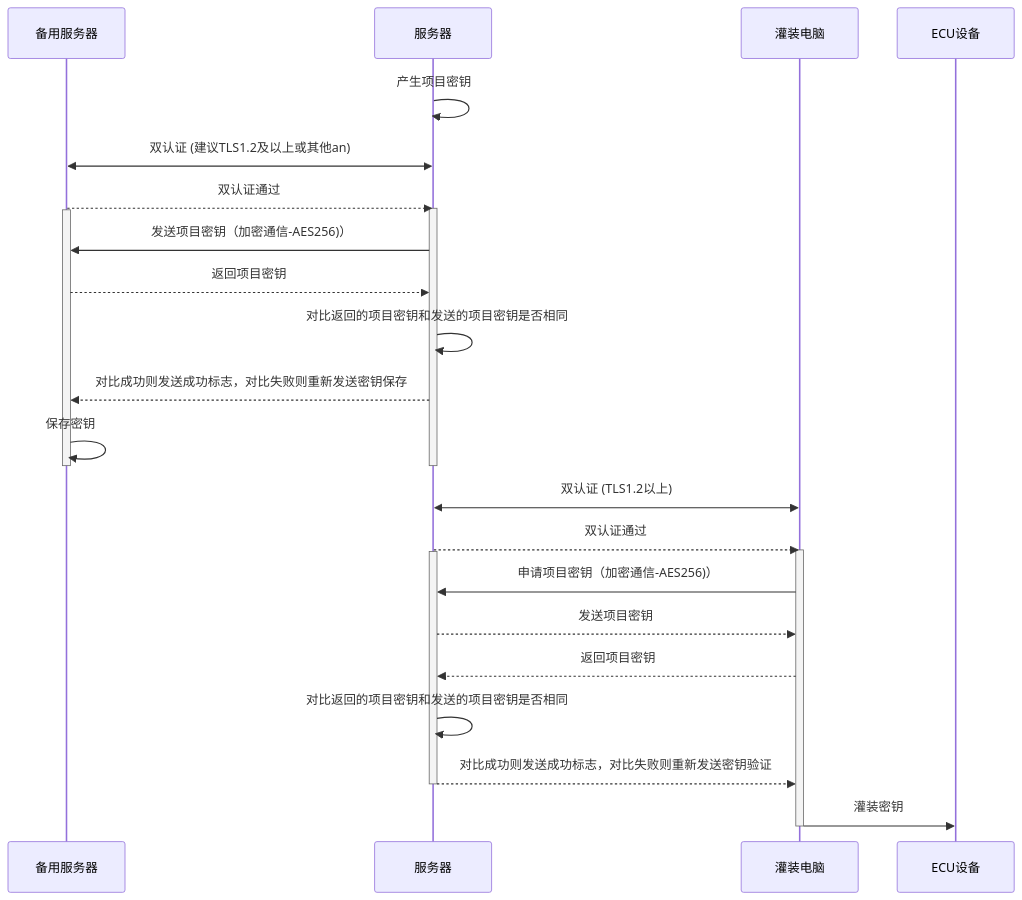
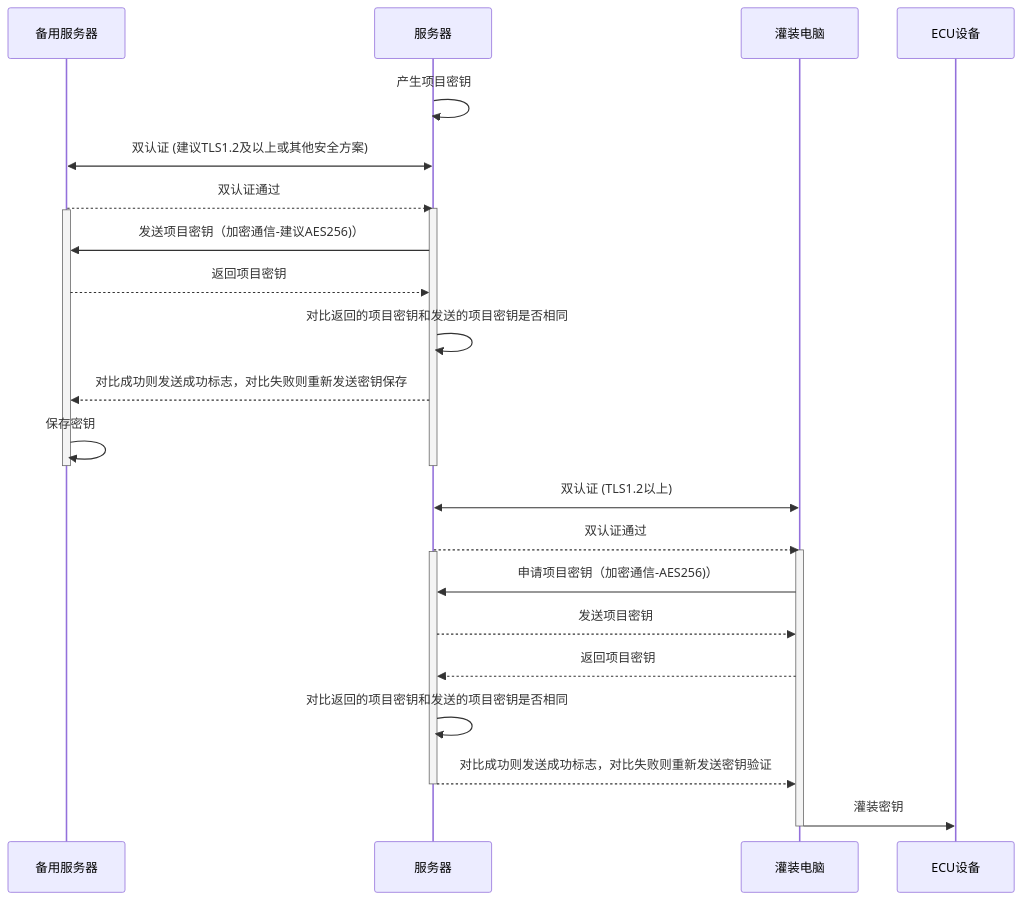
Before and after one commit to facebook-cloud/iodraw-files: the diagram in all/未命名-10.md, drawn with Mermaid.

Commit message:
2026-01-23 13:32:22 update

````diff
--- a/all/未命名-10.md
+++ b/all/未命名-10.md
@@ -1,35 +1,35 @@
 ```mermaid
 sequenceDiagram
     participant B as 备用服务器
     participant A as 服务器
     participant C as 灌装电脑
     participant D as ECU设备
 
     A->>A: 产生项目密钥
-    A<<->>B: 双认证 (建议TLS1.2及以上或其他an)
+    A<<->>B: 双认证 (建议TLS1.2及以上或其他安全方案)
     B-->>A: 双认证通过
     activate A
     activate B
-    A->>B: 发送项目密钥（加密通信-AES256)）
+    A->>B: 发送项目密钥（加密通信-建议AES256)）
     B-->>A: 返回项目密钥
 
     A->>A: 对比返回的项目密钥和发送的项目密钥是否相同
     A-->>B: 对比成功则发送成功标志，对比失败则重新发送密钥保存
     B->>B: 保存密钥
     deactivate B
     deactivate A
 
     C<<->>A: 双认证 (TLS1.2以上)
     A-->>C: 双认证通过
     activate C
     activate A
     C->>A: 申请项目密钥（加密通信-AES256)）
     A-->>C: 发送项目密钥
     C-->>A: 返回项目密钥
     A->>A: 对比返回的项目密钥和发送的项目密钥是否相同
     A-->>C: 对比成功则发送成功标志，对比失败则重新发送密钥验证
     deactivate A
     C->>D: 灌装密钥
     deactivate C
 
 ```
````
